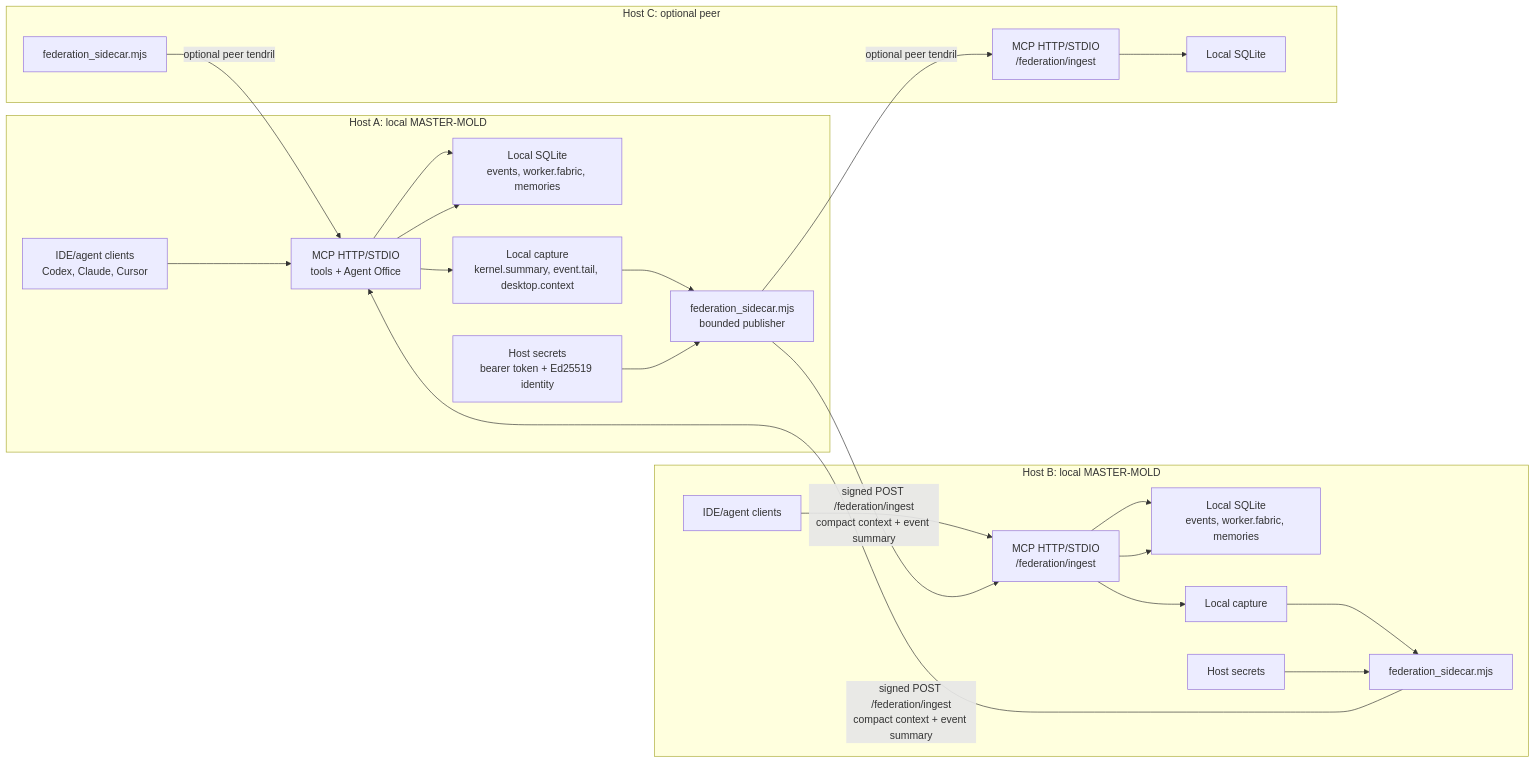
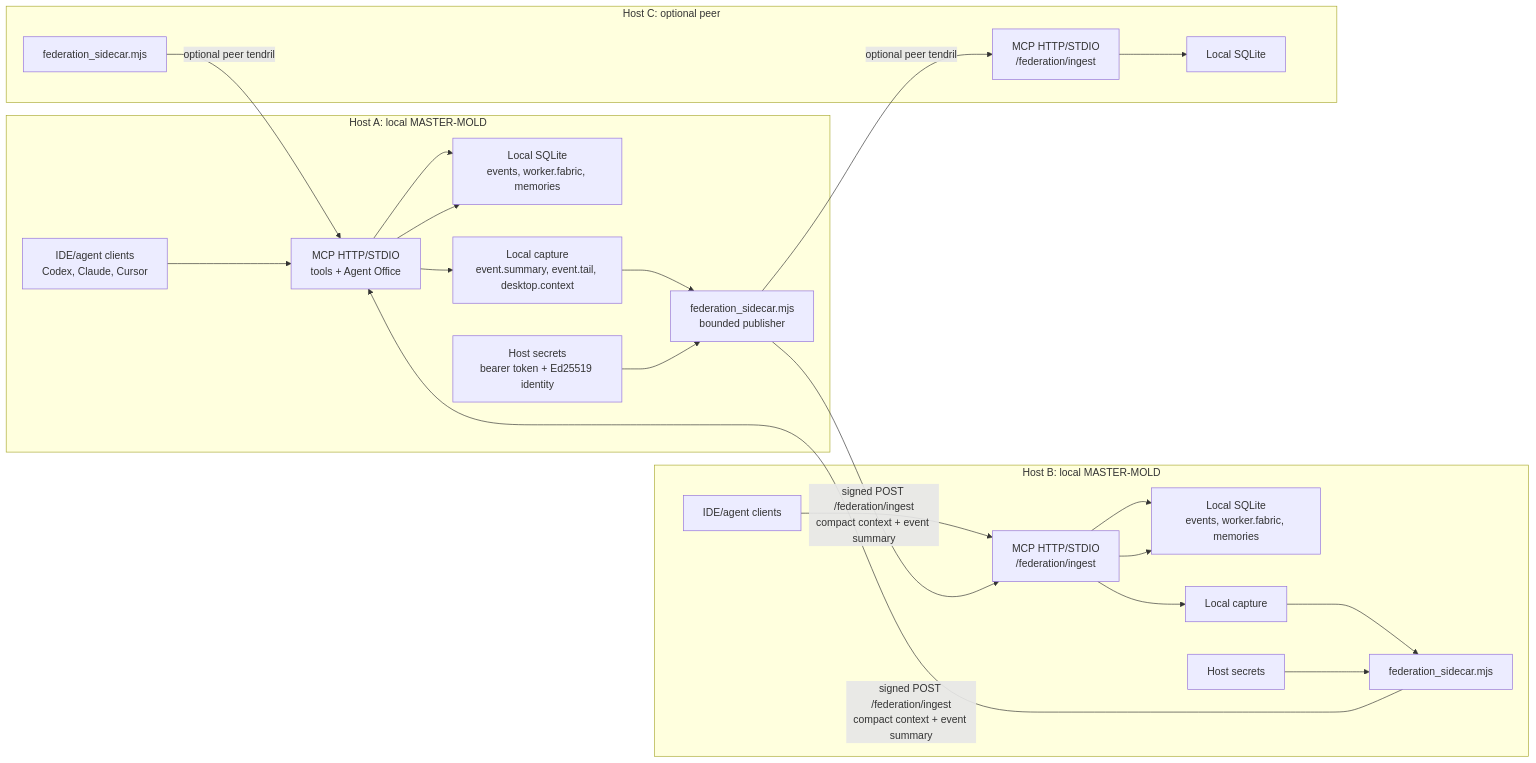
The first of 2 diagrams in docs/FEDERATION_MESH.md (driverd12/MCPlayground---Core-Template), drawn with Mermaid before and after one commit. The commit also changed other lines of this file and 6 other files, not shown here.

````diff
--- a/docs/FEDERATION_MESH.md
+++ b/docs/FEDERATION_MESH.md
@@ -7,47 +7,47 @@
 ```mermaid
 flowchart LR
   subgraph A["Host A: local MASTER-MOLD"]
     AAgents["IDE/agent clients<br/>Codex, Claude, Cursor"]
     AMcp["MCP HTTP/STDIO<br/>tools + Agent Office"]
     AStore["Local SQLite<br/>events, worker.fabric, memories"]
-    AContext["Local capture<br/>kernel.summary, event.tail, desktop.context"]
+    AContext["Local capture<br/>event.summary, event.tail, desktop.context"]
     ASidecar["federation_sidecar.mjs<br/>bounded publisher"]
     ASecrets["Host secrets<br/>bearer token + Ed25519 identity"]
   end
 
   subgraph B["Host B: local MASTER-MOLD"]
     BAgents["IDE/agent clients"]
     BMcp["MCP HTTP/STDIO<br/>/federation/ingest"]
     BStore["Local SQLite<br/>events, worker.fabric, memories"]
     BContext["Local capture"]
     BSidecar["federation_sidecar.mjs"]
     BSecrets["Host secrets"]
   end
 
   subgraph C["Host C: optional peer"]
     CMcp["MCP HTTP/STDIO<br/>/federation/ingest"]
     CStore["Local SQLite"]
     CSidecar["federation_sidecar.mjs"]
   end
 
   AAgents --> AMcp
   AMcp --> AStore
   AMcp --> AContext
   AContext --> ASidecar
   ASecrets --> ASidecar
 
   BAgents --> BMcp
   BMcp --> BStore
   BMcp --> BContext
   BContext --> BSidecar
   BSecrets --> BSidecar
 
   ASidecar -- "signed POST /federation/ingest<br/>compact context + event summary" --> BMcp
   BSidecar -- "signed POST /federation/ingest<br/>compact context + event summary" --> AMcp
   ASidecar -- "optional peer tendril" --> CMcp
   CSidecar -- "optional peer tendril" --> AMcp
 
   BMcp --> BStore
   AMcp --> AStore
   CMcp --> CStore
 ```
````
